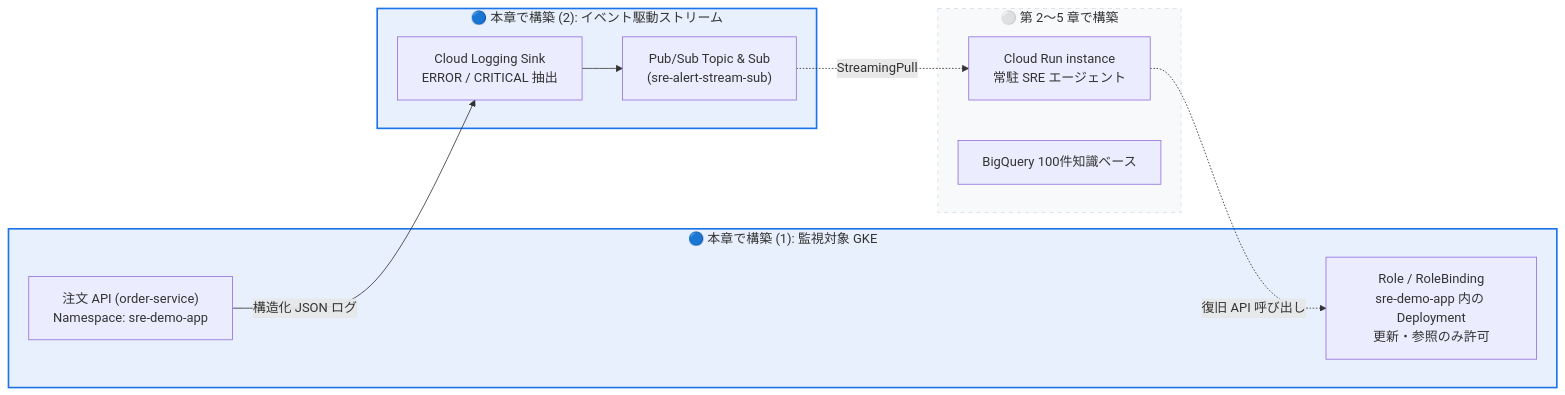
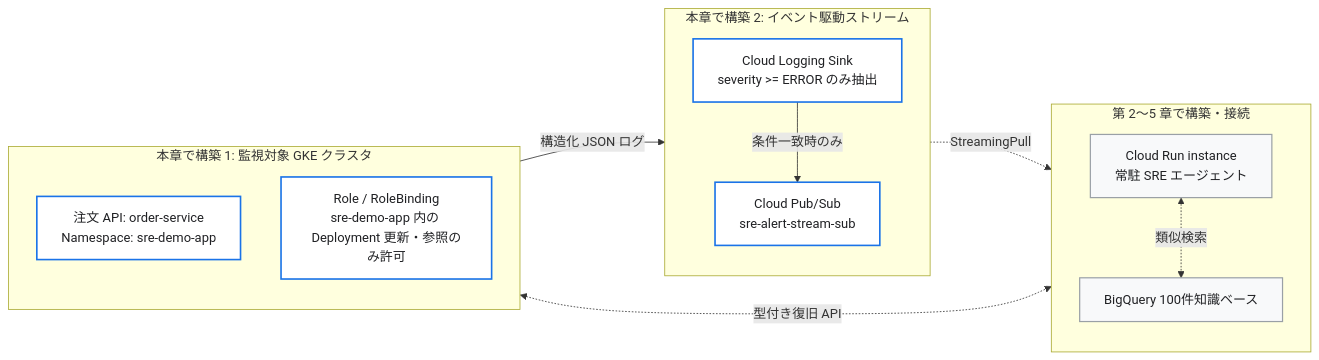
One commit to tyorikan/agentic-sre-handson changed the first of 2 diagrams in docs/01-target-gke-and-alerting.md. Above: the diagram before and after it, drawn with Mermaid. The commit also changed other lines of this file and 26 other files, not shown here.

Commit message:
docs: プロダクトアイコン付き構成図・シーケンス図 PNG (全19図) の追加と折りたたみ Mermaid 定義の精緻化

````diff
--- a/docs/01-target-gke-and-alerting.md
+++ b/docs/01-target-gke-and-alerting.md
@@ -12,26 +17,31 @@
 ```mermaid
 flowchart LR
-    subgraph Now1["🔵 本章で構築 (1): 監視対象 GKE"]
-        App["注文 API (order-service)<br/>Namespace: sre-demo-app"]
-        RBAC["Role / RoleBinding<br/>sre-demo-app 内の Deployment<br/>更新・参照のみ許可"]
+    subgraph Now1["本章で構築 1: 監視対象 GKE クラスタ"]
+        direction TB
+        App["注文 API: order-service<br/>Namespace: sre-demo-app"]
+        RBAC["Role / RoleBinding<br/>sre-demo-app 内の Deployment 更新・参照のみ許可"]
     end
 
-    subgraph Now2["🔵 本章で構築 (2): イベント駆動ストリーム"]
-        Sink["Cloud Logging Sink<br/>ERROR / CRITICAL 抽出"]
-        Topic["Pub/Sub Topic & Sub<br/>(sre-alert-stream-sub)"]
-        Sink --> Topic
+    subgraph Now2["本章で構築 2: イベント駆動ストリーム"]
+        direction TB
+        Sink["Cloud Logging Sink<br/>severity >= ERROR のみ抽出"]
+        Topic["Cloud Pub/Sub<br/>sre-alert-stream-sub"]
+        Sink -->|"条件一致時のみ"| Topic
     end
 
-    subgraph Later["⚪ 第 2〜5 章で構築"]
+    subgraph Later["第 2〜5 章で構築・接続"]
+        direction TB
         Agent["Cloud Run instance<br/>常駐 SRE エージェント"]
         BQ["BigQuery 100件知識ベース"]
+        Agent <-.->|"類似検索"| BQ
     end
 
     App -->|"構造化 JSON ログ"| Sink
     Topic -.->|"StreamingPull"| Agent
-    Agent -.->|"復旧 API 呼び出し"| RBAC
+    RBAC <-.->|"型付き復旧 API"| Agent
 
-    style Now1 fill:#e8f0fe,stroke:#1a73e8,stroke-width:2px
-    style Now2 fill:#e8f0fe,stroke:#1a73e8,stroke-width:2px
-    style Later fill:#f8f9fa,stroke:#dadce0,stroke-dasharray: 5 5
+    classDef active fill:#ffffff,stroke:#1a73e8,stroke-width:2px,color:#202124;
+    classDef future fill:#f8f9fa,stroke:#9aa0a6,stroke-width:1.5px,color:#202124;
+    class App,RBAC,Sink,Topic active;
+    class Agent,BQ future;
 ```
````
